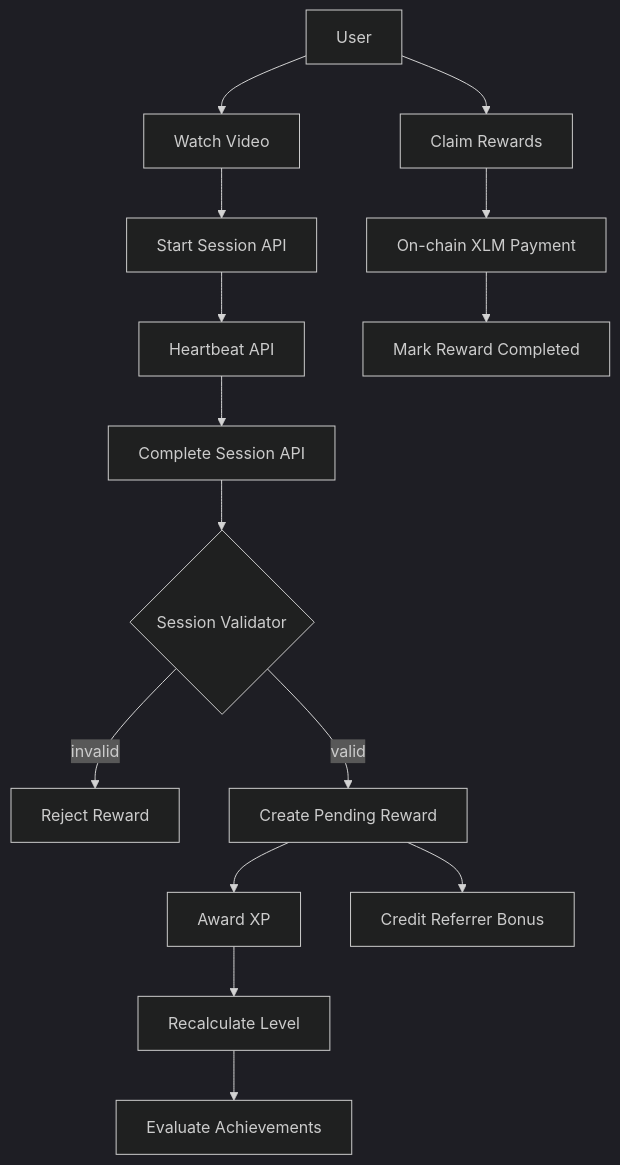
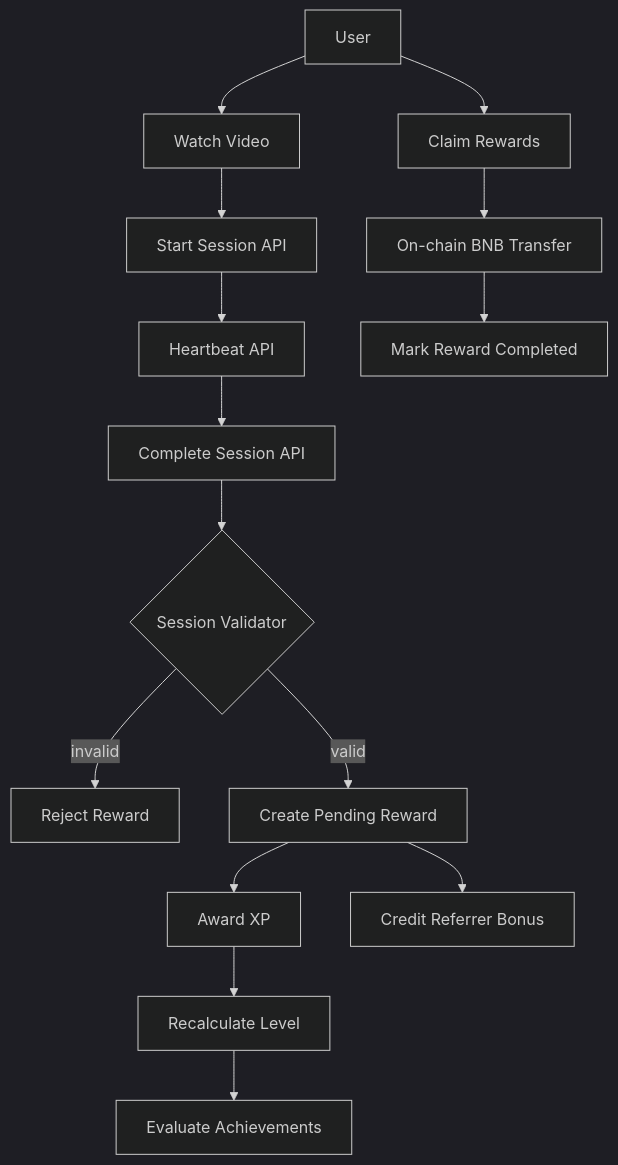
One commit to artomily/samono changed the second of 4 diagrams in README.md. Above: the diagram before and after it, drawn with Mermaid (dark theme). The commit also changed other lines of this file and 46 other files, not shown here.

First line of the commit message:
feat: migrate from Stellar to BNB Smart Chain

````diff
--- a/README.md
+++ b/README.md
@@ -71,20 +67,20 @@
 ```mermaid
 flowchart TD
 	U[User] --> W[Watch Video]
 	W --> S[Start Session API]
 	S --> HB[Heartbeat API]
 	HB --> C[Complete Session API]
 
 	C --> V{Session Validator}
 	V -->|invalid| X[Reject Reward]
 	V -->|valid| R[Create Pending Reward]
 
 	R --> XP[Award XP]
 	XP --> LV[Recalculate Level]
 	LV --> ACH[Evaluate Achievements]
 	R --> REF[Credit Referrer Bonus]
 
 	U --> CL[Claim Rewards]
-	CL --> TX[On-chain XLM Payment]
+	CL --> TX[On-chain BNB Transfer]
 	TX --> DONE[Mark Reward Completed]
 ```
````
